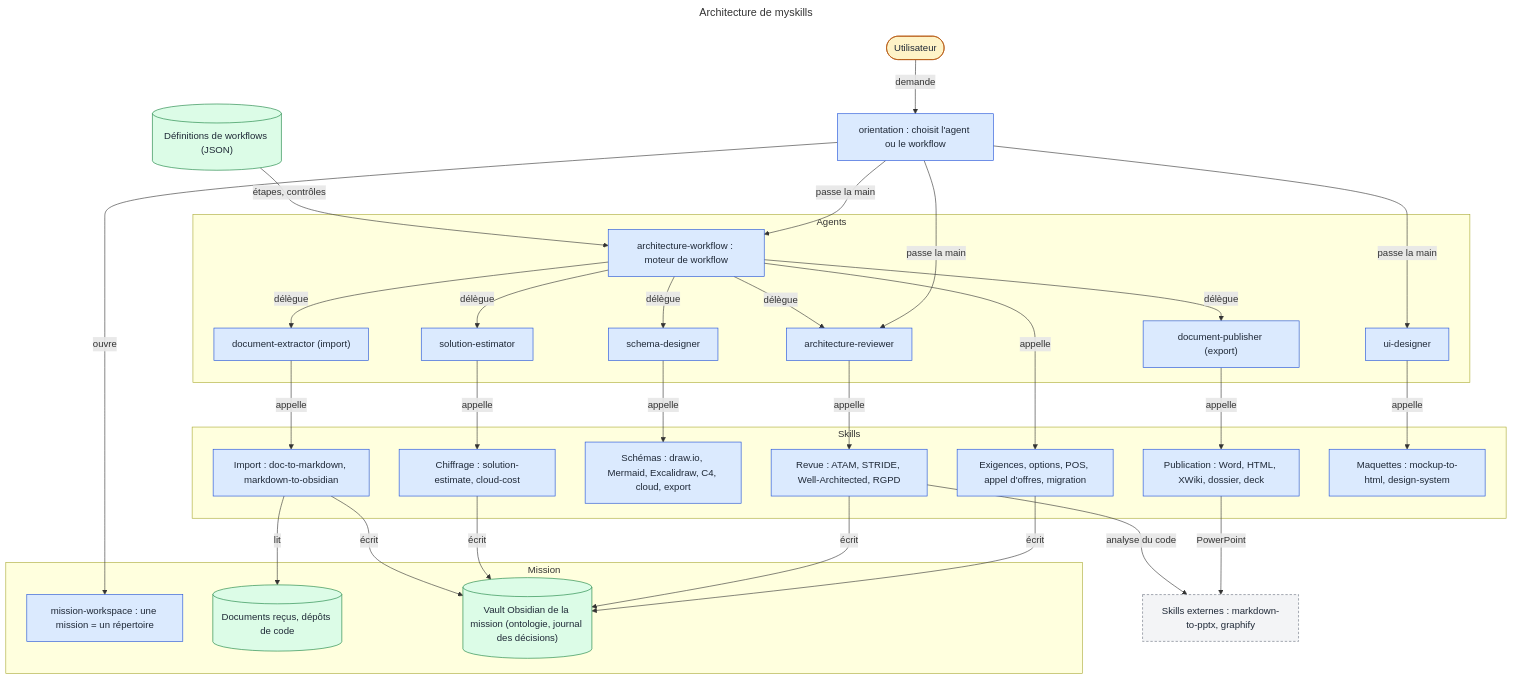
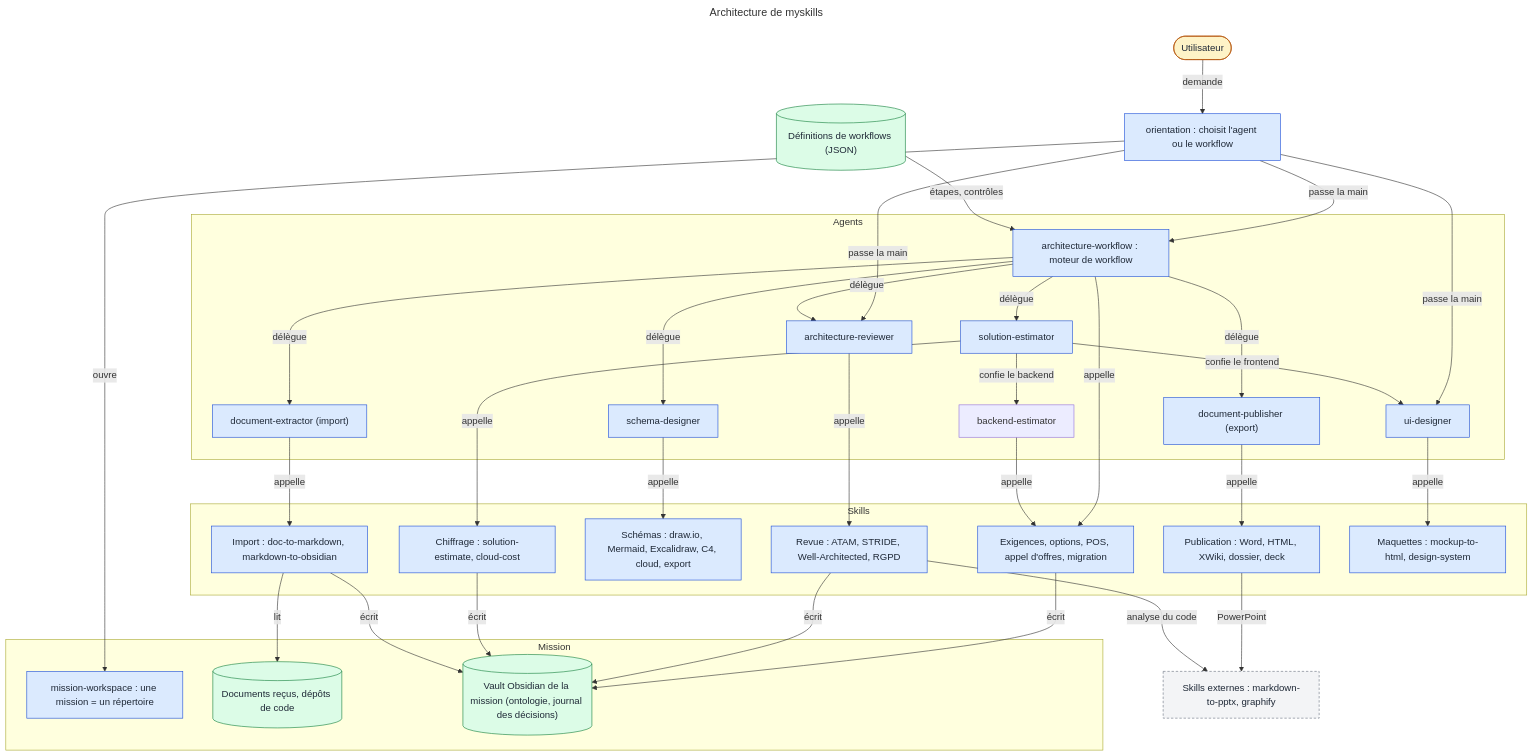
One commit to RenaudVanhille/myskills changed the diagram in README.md. Above: the diagram before and after it, drawn with Mermaid. The commit also changed other lines of this file and 90 other files, not shown here.

First line of the commit message:
feat(solution-estimate): experts frontend et backend, réemploi et points à challenger (#52)

````diff
--- a/README.md
+++ b/README.md
@@ -210,66 +210,70 @@
 ```mermaid
 ---
 title: "Architecture de myskills"
 ---
 flowchart TD
   subgraph g1["Mission"]
     mission["mission-workspace : une mission = un répertoire"]
     docs[("Documents reçus, dépôts de code")]
     vault[("Vault Obsidian de la mission (ontologie, journal des décisions)")]
   end
   subgraph g2["Agents"]
     engine["architecture-workflow : moteur de workflow"]
     extractor["document-extractor (import)"]
     designer["schema-designer"]
     reviewer["architecture-reviewer"]
     estimator["solution-estimator"]
+    backend["backend-estimator"]
     publisher["document-publisher (export)"]
     ui["ui-designer"]
   end
   subgraph g3["Skills"]
     s_import["Import : doc-to-markdown, markdown-to-obsidian"]
     s_archi["Exigences, options, POS, appel d'offres, migration"]
     s_schemas["Schémas : draw.io, Mermaid, Excalidraw, C4, cloud, export"]
     s_revue["Revue : ATAM, STRIDE, Well-Architected, RGPD"]
     s_chiffrage["Chiffrage : solution-estimate, cloud-cost"]
     s_publi["Publication : Word, HTML, XWiki, dossier, deck"]
     s_ui["Maquettes : mockup-to-html, design-system"]
   end
   user(["Utilisateur"])
   orientation["orientation : choisit l'agent ou le workflow"]
   workflows[("Définitions de workflows (JSON)")]
   ext["Skills externes : markdown-to-pptx, graphify"]
   user -->|"demande"| orientation
   orientation -->|"ouvre"| mission
   orientation -->|"passe la main"| engine
   orientation -->|"passe la main"| reviewer
   workflows -->|"étapes, contrôles"| engine
   engine -->|"délègue"| extractor
   engine -->|"délègue"| designer
   engine -->|"délègue"| reviewer
   engine -->|"délègue"| estimator
   engine -->|"délègue"| publisher
   orientation -->|"passe la main"| ui
   ui -->|"appelle"| s_ui
   engine -->|"appelle"| s_archi
   extractor -->|"appelle"| s_import
   designer -->|"appelle"| s_schemas
   reviewer -->|"appelle"| s_revue
   estimator -->|"appelle"| s_chiffrage
+  estimator -->|"confie le backend"| backend
+  estimator -->|"confie le frontend"| ui
+  backend -->|"appelle"| s_archi
   publisher -->|"appelle"| s_publi
   s_import -->|"lit"| docs
   s_archi -->|"écrit"| vault
   s_revue -->|"écrit"| vault
   s_chiffrage -->|"écrit"| vault
   s_import -->|"écrit"| vault
   s_publi -->|"PowerPoint"| ext
   s_revue -->|"analyse du code"| ext
   classDef db fill:#dcfce7,stroke:#15803d,color:#1f2937
   classDef external fill:#f3f4f6,stroke:#6b7280,color:#1f2937,stroke-dasharray:4 3
   classDef person fill:#fef3c7,stroke:#b45309,color:#1f2937
   classDef system fill:#dbeafe,stroke:#1d4ed8,color:#1f2937
   class docs,workflows,vault db
   class ext external
   class user person
   class orientation,mission,engine,extractor,designer,reviewer,estimator,publisher,ui,s_import,s_archi,s_schemas,s_revue,s_chiffrage,s_publi,s_ui system
 ```
````
